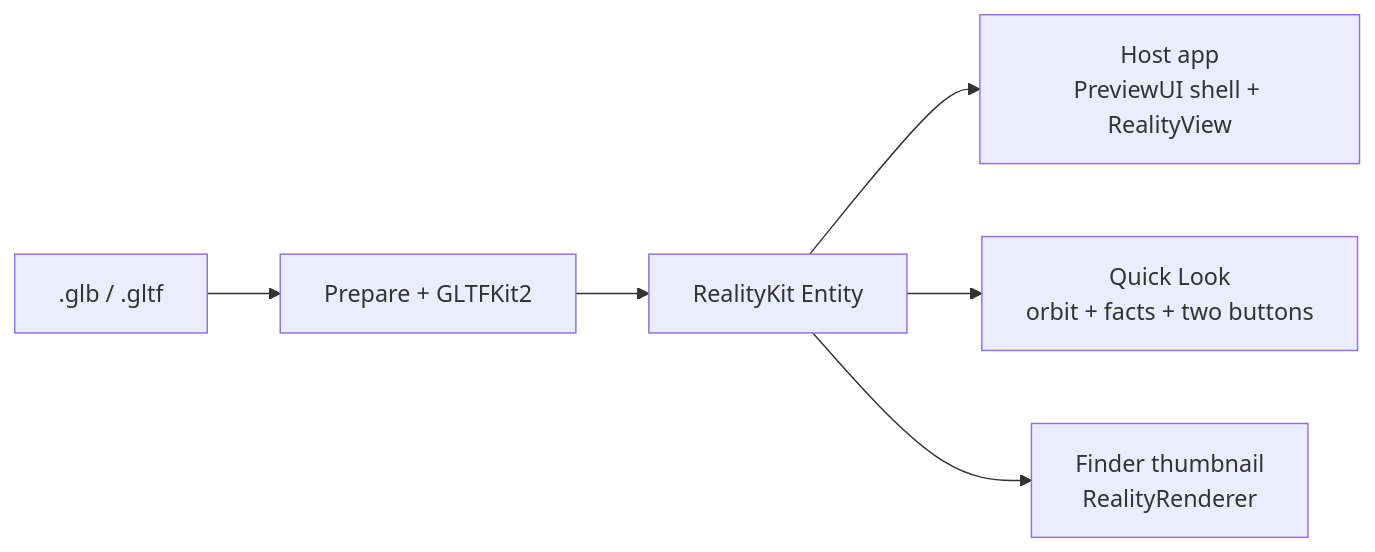
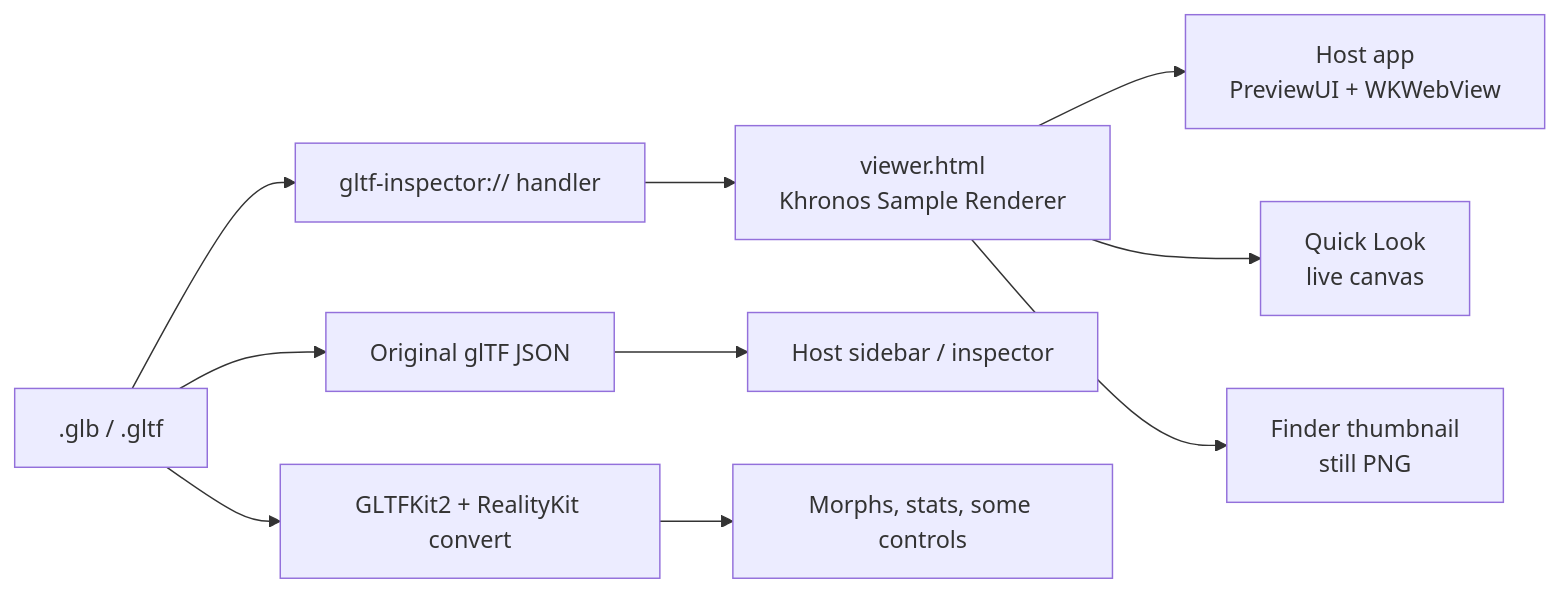
One commit to Hemmingsson/macos-gltf-inspector changed the diagram in README.md. Above: the diagram before and after it, drawn with Mermaid. The commit also changed other lines of this file and 9 other files, not shown here.

Commit message:
WebKit first-paint experiment docs and notes (snapshot from webkit-renderer worktree)

````diff
--- a/README.md
+++ b/README.md
@@ -64,8 +79,12 @@
 ```mermaid
 flowchart LR
-  file[".glb / .gltf"] --> prep["Prepare + GLTFKit2"]
-  prep --> rk["RealityKit Entity"]
-  rk --> host["Host app\nPreviewUI shell + RealityView"]
-  rk --> ql["Quick Look\norbit + facts + two buttons"]
-  rk --> thumb["Finder thumbnail\nRealityRenderer"]
+  file[".glb / .gltf"] --> scheme["gltf-inspector:// handler"]
+  scheme --> page["viewer.html\nKhronos Sample Renderer"]
+  page --> host["Host app\nPreviewUI + WKWebView"]
+  page --> ql["Quick Look\nlive canvas"]
+  page --> thumb["Finder thumbnail\nstill PNG"]
+  file --> json["Original glTF JSON"]
+  json --> sidebar["Host sidebar / inspector"]
+  file --> convert["GLTFKit2 + RealityKit convert"]
+  convert --> chrome["Morphs, stats, some controls"]
 ```
````
